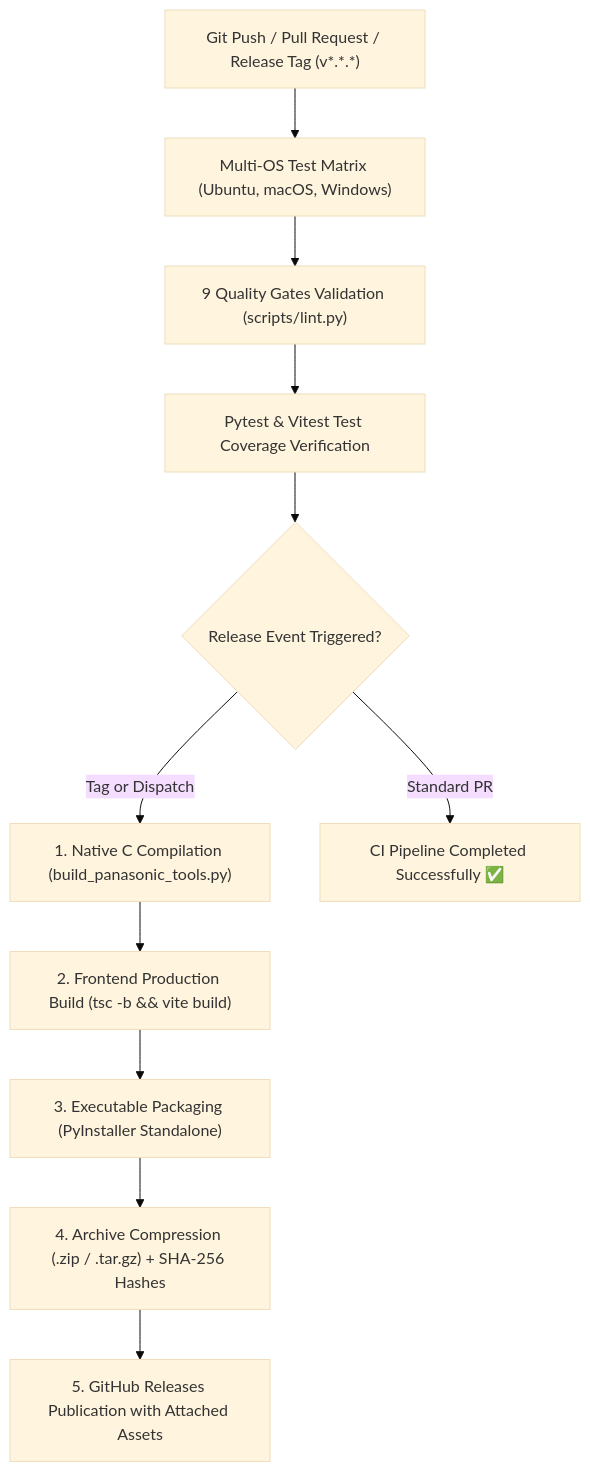
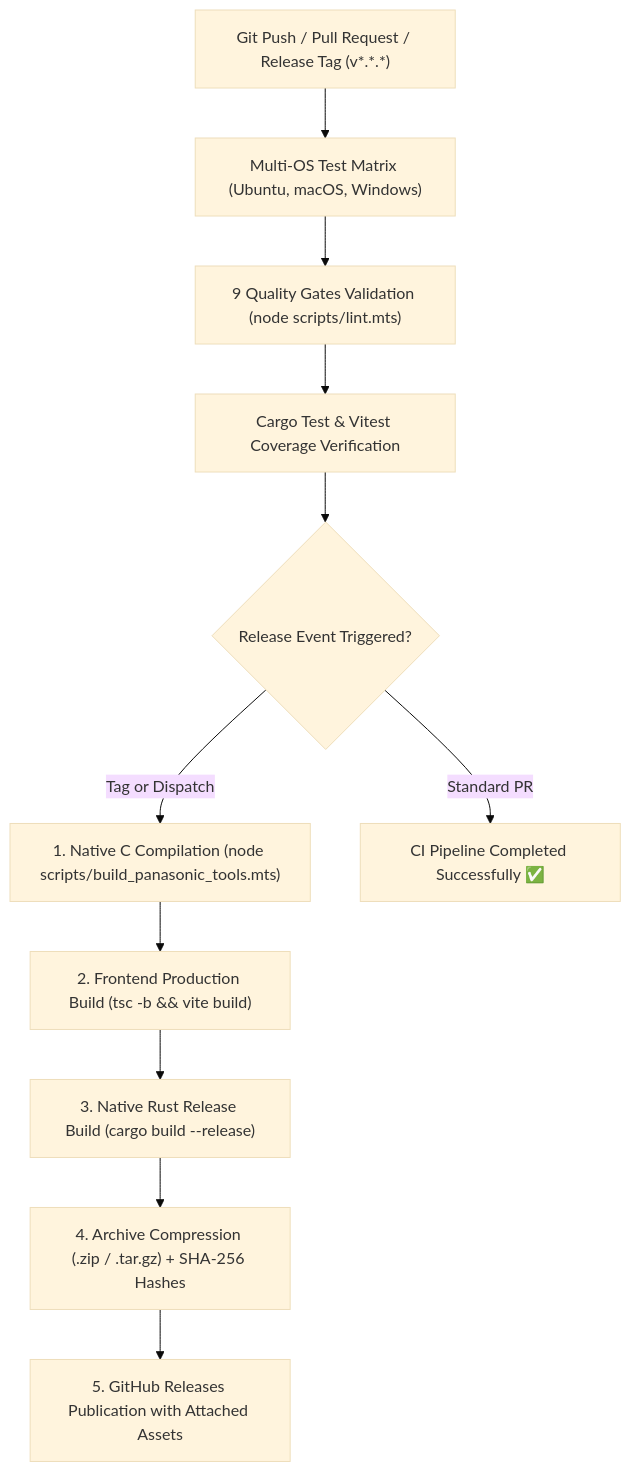
One commit to orgchrono/vhs-capture-scripts changed the diagram in docs/RELEASE_AND_CI.md. Above: the diagram before and after it, drawn with Mermaid (base theme). The commit also changed other lines of this file and 12 other files, not shown here.

Commit message:
docs: harmonize documentation with 100% native Rust architecture and enable browser auto-launch

````diff
--- a/docs/RELEASE_AND_CI.md
+++ b/docs/RELEASE_AND_CI.md
@@ -11,16 +11,16 @@
 ```mermaid
 flowchart TD
     Trigger["Git Push / Pull Request / Release Tag (v*.*.*)"] --> Matrix["Multi-OS Test Matrix (Ubuntu, macOS, Windows)"]
-    Matrix --> LintGate["9 Quality Gates Validation (scripts/lint.py)"]
-    LintGate --> Coverage["Pytest & Vitest Test Coverage Verification"]
+    Matrix --> LintGate["9 Quality Gates Validation (node scripts/lint.mts)"]
+    LintGate --> Coverage["Cargo Test & Vitest Coverage Verification"]
     
     Coverage --> ReleaseCheck{"Release Event Triggered?"}
     
-    ReleaseCheck -->|"Tag or Dispatch"| BuildC["1. Native C Compilation (build_panasonic_tools.py)"]
+    ReleaseCheck -->|"Tag or Dispatch"| BuildC["1. Native C Compilation (node scripts/build_panasonic_tools.mts)"]
     BuildC --> BuildUI["2. Frontend Production Build (tsc -b && vite build)"]
-    BuildUI --> PyInstaller["3. Executable Packaging (PyInstaller Standalone)"]
-    PyInstaller --> Checksums["4. Archive Compression (.zip / .tar.gz) + SHA-256 Hashes"]
+    BuildUI --> RustBuild["3. Native Rust Release Build (cargo build --release)"]
+    RustBuild --> Checksums["4. Archive Compression (.zip / .tar.gz) + SHA-256 Hashes"]
     Checksums --> GHRelease["5. GitHub Releases Publication with Attached Assets"]
     
     ReleaseCheck -->|"Standard PR"| CIPass["CI Pipeline Completed Successfully ✅"]
 ```
````
